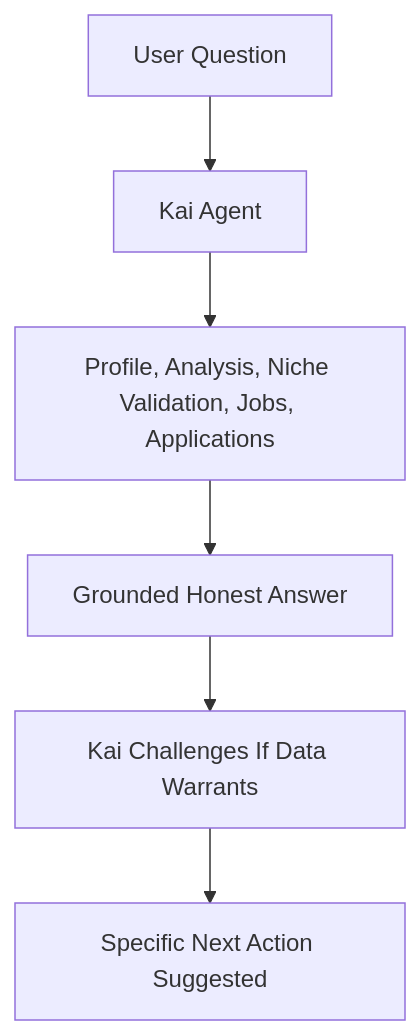
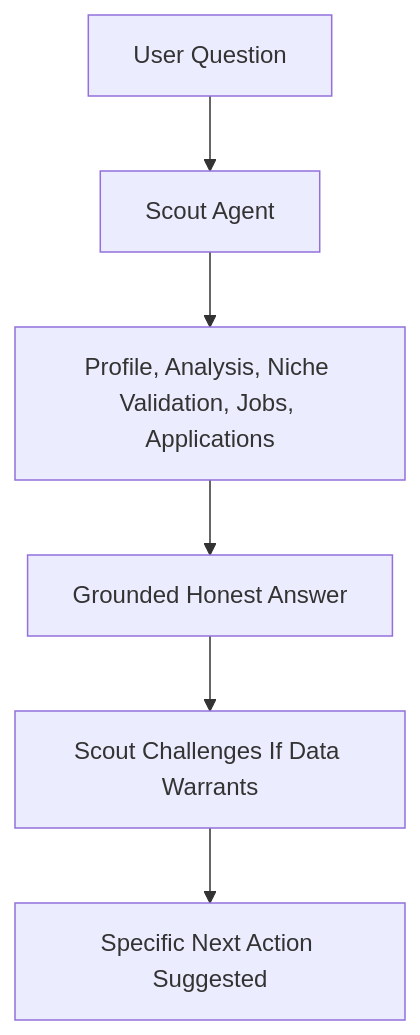
The fourth of 6 diagrams in docs/MVP_USER_JOURNEYS.md (Mirzzie/Fadi), drawn with Mermaid before and after one commit. The commit also changed other lines of this file and 142 other files, not shown here.

First line of the commit message:
feat!: rename Kai → Scout — the agent that finds what's ahead of you

````diff
--- a/docs/MVP_USER_JOURNEYS.md
+++ b/docs/MVP_USER_JOURNEYS.md
@@ -112,8 +112,8 @@
 ```mermaid
 flowchart TD
-    User[User Question] --> Assistant[Kai Agent]
+    User[User Question] --> Assistant[Scout Agent]
     Assistant --> Context[Profile, Analysis, Niche Validation, Jobs, Applications]
     Context --> Response[Grounded Honest Answer]
-    Response --> Challenge[Kai Challenges If Data Warrants]
+    Response --> Challenge[Scout Challenges If Data Warrants]
     Challenge --> Action[Specific Next Action Suggested]
 ```
````
